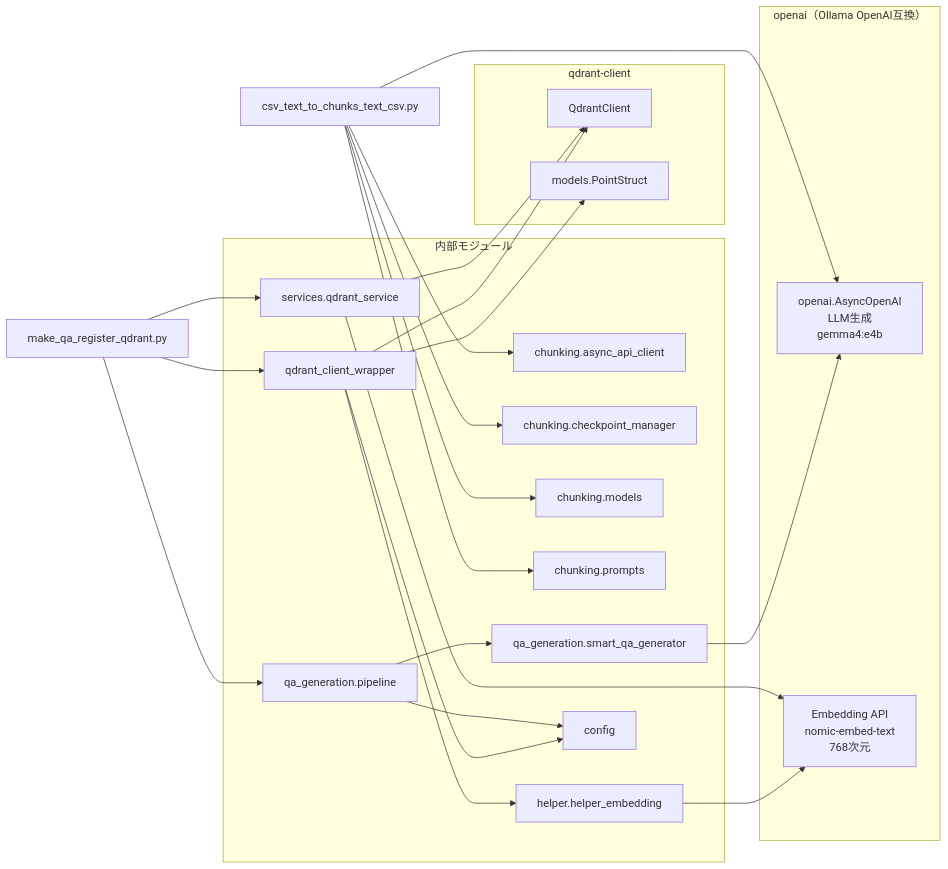
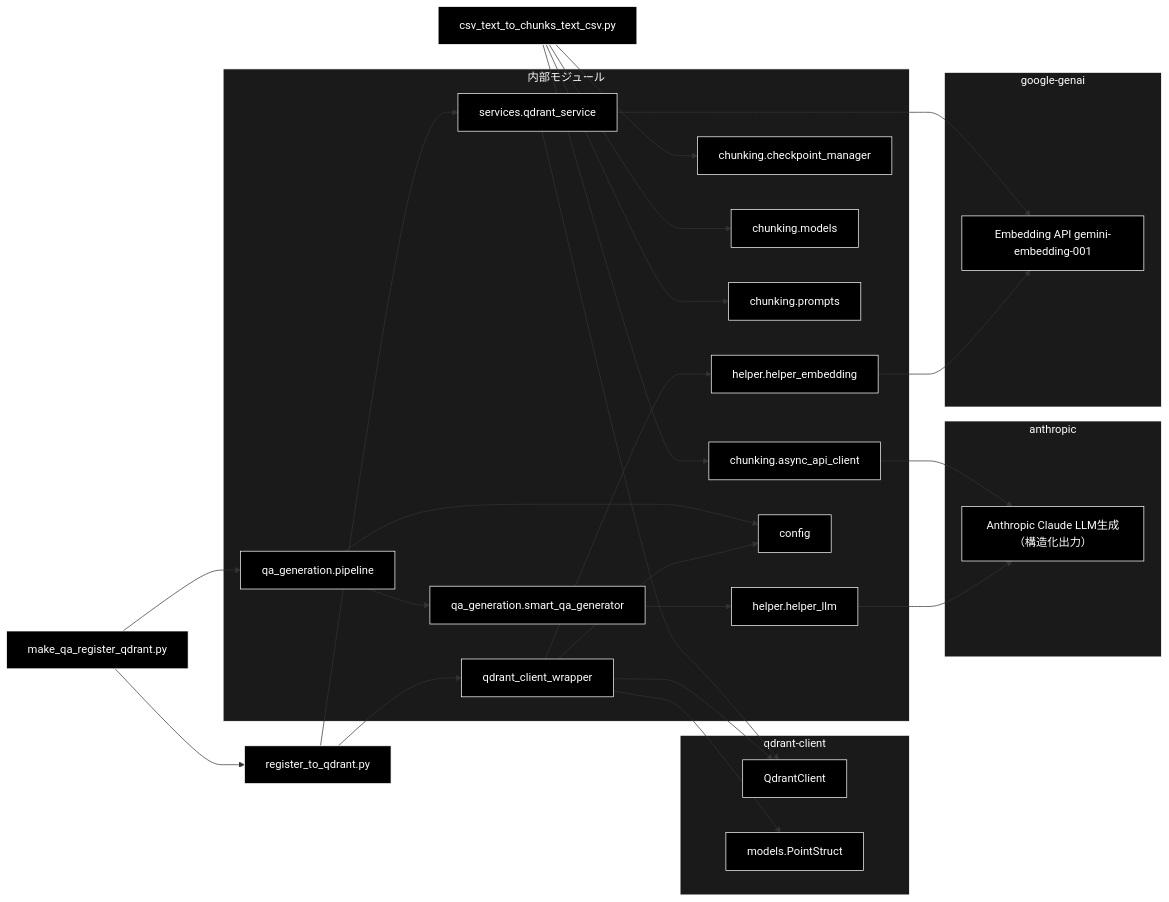
The fifth of 5 diagrams in readme_rag.md (nakashima2toshio/ollama_grace_agent_v2), drawn with Mermaid before and after one commit. The commit also changed other lines of this file and 7 other files, not shown here.

````diff
--- a/readme_rag.md
+++ b/readme_rag.md
@@ -1267,48 +1399,60 @@
 ```mermaid
 flowchart LR
     CHUNK["csv_text_to_chunks_text_csv.py"]
     MAKE_QA["make_qa_register_qdrant.py"]
+    REG["register_to_qdrant.py"]
 
-    subgraph OLLAMA["openai（Ollama OpenAI互換）"]
-        OLLAMA_LLM[openai.AsyncOpenAI<br/>LLM生成\ngemma4:e4b]
-        OLLAMA_EMB[Embedding API<br/>nomic-embed-text\n768次元]
+    subgraph ANTHROPIC["anthropic"]
+        ANT_LLM["Anthropic Claude LLM生成（構造化出力）"]
+    end
+
+    subgraph GOOGLE["google-genai"]
+        GENAI_EMB["Embedding API gemini-embedding-001"]
     end
 
     subgraph QDRANT_LIB["qdrant-client"]
-        QC[QdrantClient]
-        QM[models.PointStruct]
+        QC["QdrantClient"]
+        QM["models.PointStruct"]
     end
 
     subgraph INTERNAL["内部モジュール"]
-        ASYNC_CLI[chunking.async_api_client]
-        CHECKPOINT[chunking.checkpoint_manager]
-        MODELS[chunking.models]
-        PROMPTS[chunking.prompts]
-        PIPELINE[qa_generation.pipeline]
-        SMART_QA[qa_generation.smart_qa_generator]
-        QDRANT_SVC[services.qdrant_service]
-        QDRANT_WRAP[qdrant_client_wrapper]
-        HELPER_EMB[helper.helper_embedding]
-        CONFIG[config]
+        ASYNC_CLI["chunking.async_api_client"]
+        CHECKPOINT["chunking.checkpoint_manager"]
+        MODELS["chunking.models"]
+        PROMPTS["chunking.prompts"]
+        PIPELINE["qa_generation.pipeline"]
+        SMART_QA["qa_generation.smart_qa_generator"]
+        QDRANT_SVC["services.qdrant_service"]
+        QDRANT_WRAP["qdrant_client_wrapper"]
+        HELPER_EMB["helper.helper_embedding"]
+        HELPER_LLM["helper.helper_llm"]
+        CONFIG["config"]
     end
 
-    CHUNK --> OLLAMA_LLM
-    CHUNK --> ASYNC_CLI
+    CHUNK --> ASYNC_CLI --> ANT_LLM
     CHUNK --> CHECKPOINT
     CHUNK --> MODELS
     CHUNK --> PROMPTS
 
     MAKE_QA --> PIPELINE
-    MAKE_QA --> QDRANT_SVC
-    MAKE_QA --> QDRANT_WRAP
+    MAKE_QA --> REG
+    REG --> QDRANT_SVC
+    REG --> QDRANT_WRAP
 
-    PIPELINE --> SMART_QA --> OLLAMA_LLM
-    QDRANT_SVC --> OLLAMA_EMB
+    PIPELINE --> SMART_QA --> HELPER_LLM --> ANT_LLM
+    QDRANT_SVC --> GENAI_EMB
     QDRANT_SVC --> QC
-    QDRANT_WRAP --> HELPER_EMB --> OLLAMA_EMB
+    QDRANT_WRAP --> HELPER_EMB --> GENAI_EMB
     QDRANT_WRAP --> QC
     QDRANT_WRAP --> QM
 
     PIPELINE --> CONFIG
     QDRANT_WRAP --> CONFIG
+classDef default fill:#000,stroke:#fff,color:#fff
+classDef subgraphStyle fill:#1a1a1a,stroke:#fff,color:#fff
+class CHUNK,MAKE_QA,REG,ANT_LLM,GENAI_EMB,QC,QM,ASYNC_CLI,CHECKPOINT,MODELS,PROMPTS,PIPELINE,SMART_QA,QDRANT_SVC,QDRANT_WRAP,HELPER_EMB,HELPER_LLM,CONFIG default
+style ANTHROPIC fill:#1a1a1a,stroke:#fff,color:#fff
+style GOOGLE fill:#1a1a1a,stroke:#fff,color:#fff
+style QDRANT_LIB fill:#1a1a1a,stroke:#fff,color:#fff
+style INTERNAL fill:#1a1a1a,stroke:#fff,color:#fff
 ```
````
